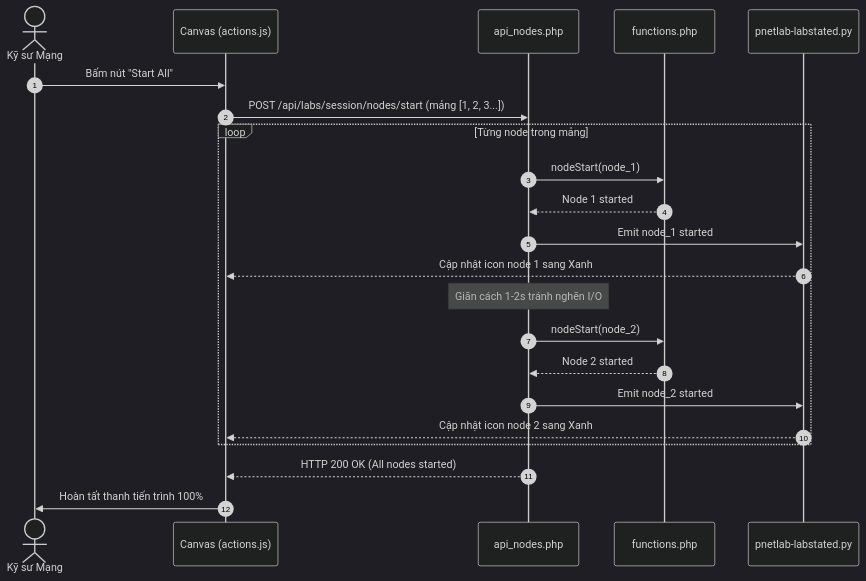
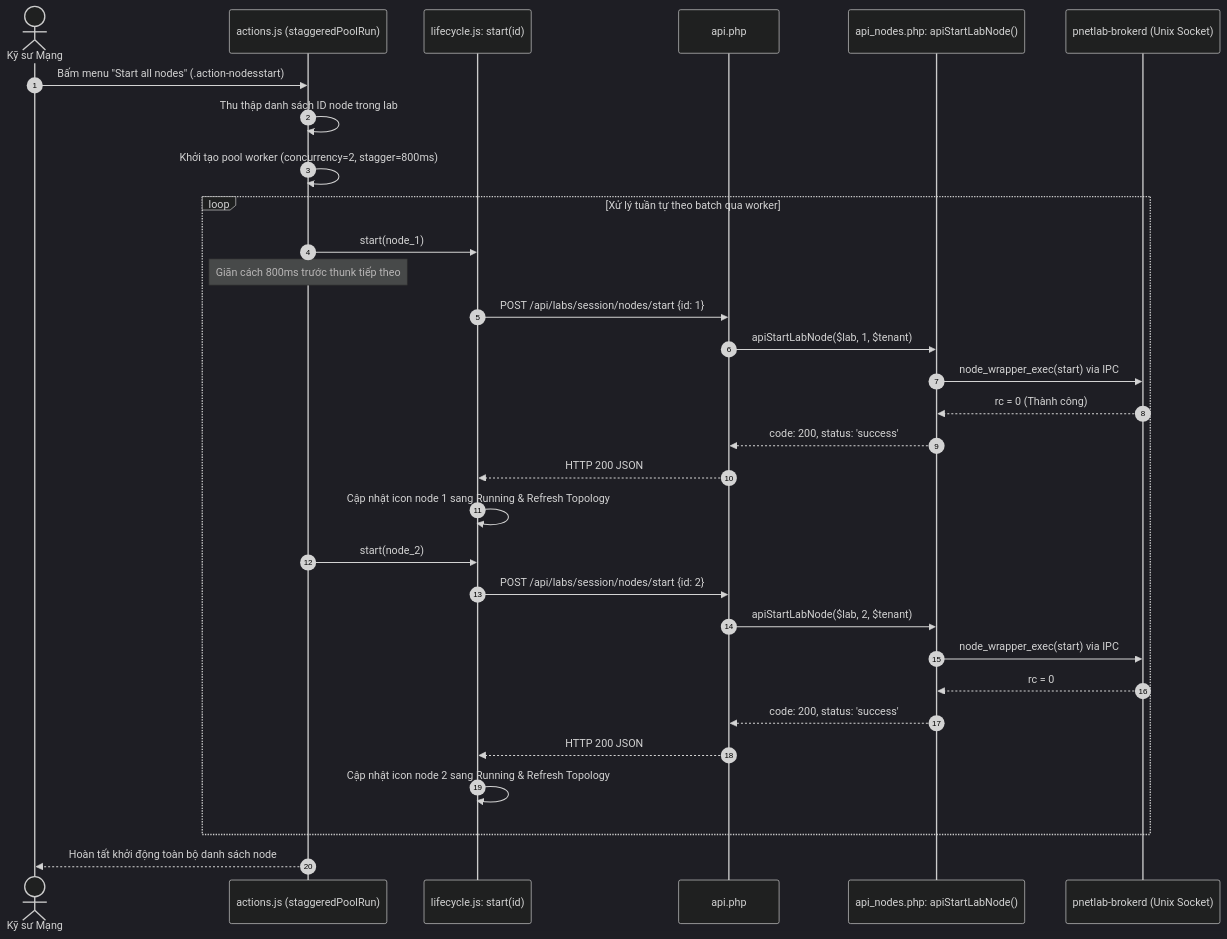
Before and after one commit to Luuxinhxinh/pnet-v8: the diagram in docs/03-diagrams/f07-node-bulk-operations-sequence.md, drawn with Mermaid (dark theme). The commit also changed 39 other files, not shown here.

Commit message:
fix(docs): synchronize and align all function names and API signatures with real codebase

````diff
--- a/docs/03-diagrams/f07-node-bulk-operations-sequence.md
+++ b/docs/03-diagrams/f07-node-bulk-operations-sequence.md
@@ -9,25 +9,34 @@
 ```mermaid
 sequenceDiagram
     autonumber
     actor User as Kỹ sư Mạng
-    participant UI as Canvas (actions.js)
-    participant API as api_nodes.php
-    participant Func as functions.php
-    participant SSE as pnetlab-labstated.py
+    participant Actions as actions.js (staggeredPoolRun)
+    participant Life as lifecycle.js: start(id)
+    participant API as api.php
+    participant NodesAPI as api_nodes.php: apiStartLabNode()
+    participant Broker as pnetlab-brokerd (Unix Socket)
 
-    User->>UI: Bấm nút "Start All"
-    UI->>API: POST /api/labs/session/nodes/start (mảng [1, 2, 3...])
-    loop Từng node trong mảng
-        API->>Func: nodeStart(node_1)
-        Func-->>API: Node 1 started
-        API->>SSE: Emit node_1 started
-        SSE-->>UI: Cập nhật icon node 1 sang Xanh
-        Note over API: Giãn cách 1-2s tránh nghẽn I/O
-        API->>Func: nodeStart(node_2)
-        Func-->>API: Node 2 started
-        API->>SSE: Emit node_2 started
-        SSE-->>UI: Cập nhật icon node 2 sang Xanh
+    User->>Actions: Bấm menu "Start all nodes" (.action-nodesstart)
+    Actions->>Actions: Thu thập danh sách ID node trong lab
+    Actions->>Actions: Khởi tạo pool worker (concurrency=2, stagger=800ms)
+    loop Xử lý tuần tự theo batch qua worker
+        Actions->>Life: start(node_1)
+        Note over Actions: Giãn cách 800ms trước thunk tiếp theo
+        Life->>API: POST /api/labs/session/nodes/start {id: 1}
+        API->>NodesAPI: apiStartLabNode($lab, 1, $tenant)
+        NodesAPI->>Broker: node_wrapper_exec(start) via IPC
+        Broker-->>NodesAPI: rc = 0 (Thành công)
+        NodesAPI-->>API: code: 200, status: 'success'
+        API-->>Life: HTTP 200 JSON
+        Life->>Life: Cập nhật icon node 1 sang Running & Refresh Topology
+        Actions->>Life: start(node_2)
+        Life->>API: POST /api/labs/session/nodes/start {id: 2}
+        API->>NodesAPI: apiStartLabNode($lab, 2, $tenant)
+        NodesAPI->>Broker: node_wrapper_exec(start) via IPC
+        Broker-->>NodesAPI: rc = 0
+        NodesAPI-->>API: code: 200, status: 'success'
+        API-->>Life: HTTP 200 JSON
+        Life->>Life: Cập nhật icon node 2 sang Running & Refresh Topology
     end
-    API-->>UI: HTTP 200 OK (All nodes started)
-    UI->>User: Hoàn tất thanh tiến trình 100%
+    Actions-->>User: Hoàn tất khởi động toàn bộ danh sách node
 ```
````
